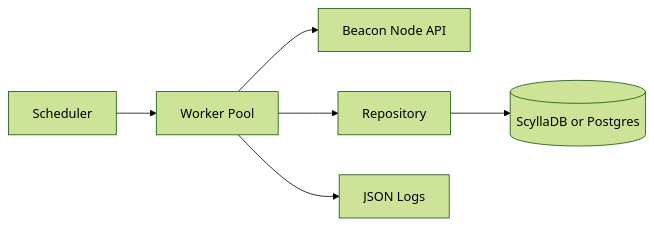
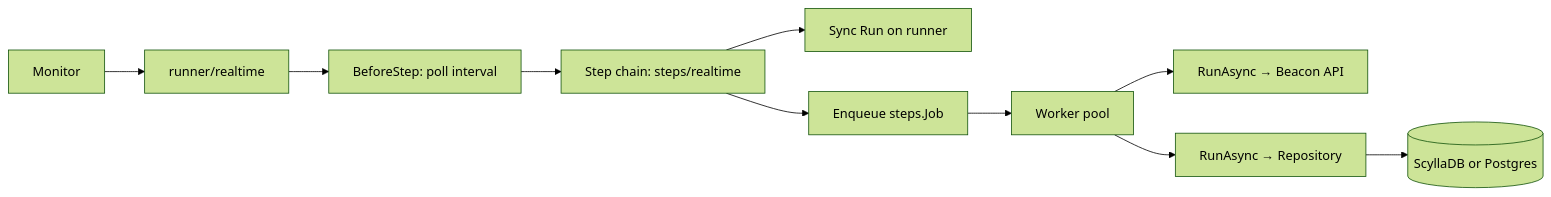
Before and after one commit to tharun-p/pauli: the diagram in readme.md, drawn with Mermaid (forest theme). The commit also changed other lines of this file and 41 other files, not shown here.

First line of the commit message:
refactor(monitor): runner/steps/queue realtime loop; docs; beacon HTTP body close

````diff
--- a/readme.md
+++ b/readme.md
@@ -160,8 +154,12 @@
 ```mermaid
 flowchart LR
-    A[Scheduler] --> B[Worker Pool]
-    B --> C[Beacon Node API]
-    B --> D[Repository]
-    D --> E[(ScyllaDB or Postgres)]
-    B --> F[JSON Logs]
+    A[Monitor] --> B[runner/realtime]
+    B --> C[BeforeStep: poll interval]
+    C --> D[Step chain: steps/realtime]
+    D --> E[Sync Run on runner]
+    D --> F[Enqueue steps.Job]
+    F --> G[Worker pool]
+    G --> H[RunAsync → Beacon API]
+    G --> I[RunAsync → Repository]
+    I --> J[(ScyllaDB or Postgres)]
 ```
````
